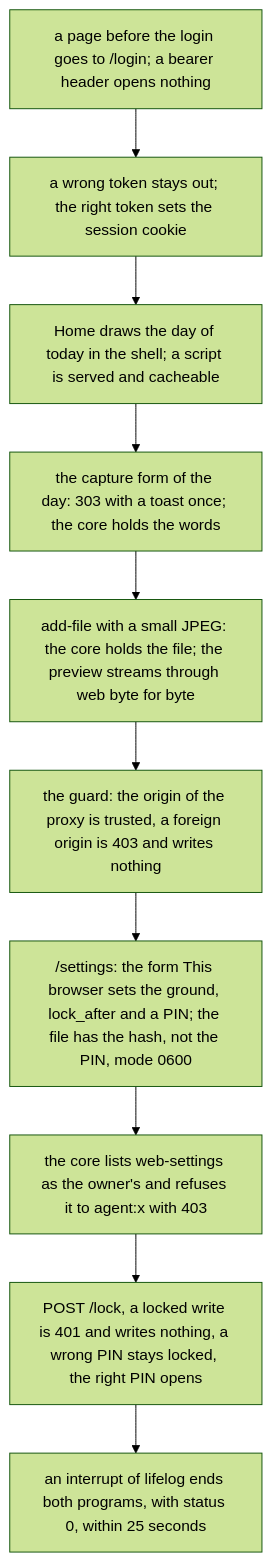
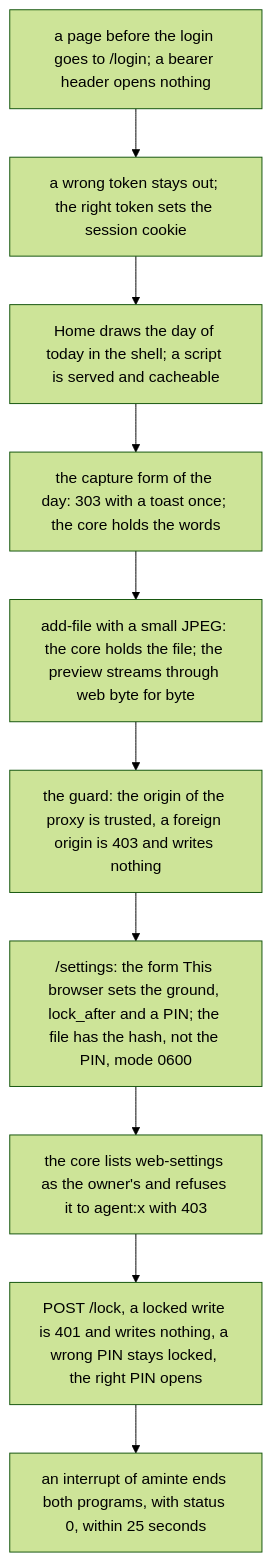
The eighth of 8 diagrams in extensions/web/README.md (alexradunet/aminte), drawn with Mermaid (forest theme) before and after one commit. The commit also changed other lines of this file and 554 other files, not shown here.

First line of the commit message:
rename the project from lifelog to aminte

````diff
--- a/extensions/web/README.md
+++ b/extensions/web/README.md
@@ -719,12 +719,12 @@
 ```mermaid
 flowchart TD
   A["a page before the login goes to /login; a bearer header opens nothing"] --> B["a wrong token stays out; the right token sets the session cookie"]
   B --> C["Home draws the day of today in the shell; a script is served and cacheable"]
   C --> D["the capture form of the day: 303 with a toast once; the core holds the words"]
   D --> E["add-file with a small JPEG: the core holds the file; the preview streams through web byte for byte"]
   E --> F["the guard: the origin of the proxy is trusted, a foreign origin is 403 and writes nothing"]
   F --> G["/settings: the form This browser sets the ground, lock_after and a PIN; the file has the hash, not the PIN, mode 0600"]
   G --> H["the core lists web-settings as the owner's and refuses it to agent:x with 403"]
   H --> I["POST /lock, a locked write is 401 and writes nothing, a wrong PIN stays locked, the right PIN opens"]
-  I --> J["an interrupt of lifelog ends both programs, with status 0, within 25 seconds"]
+  I --> J["an interrupt of aminte ends both programs, with status 0, within 25 seconds"]
 ```
````
